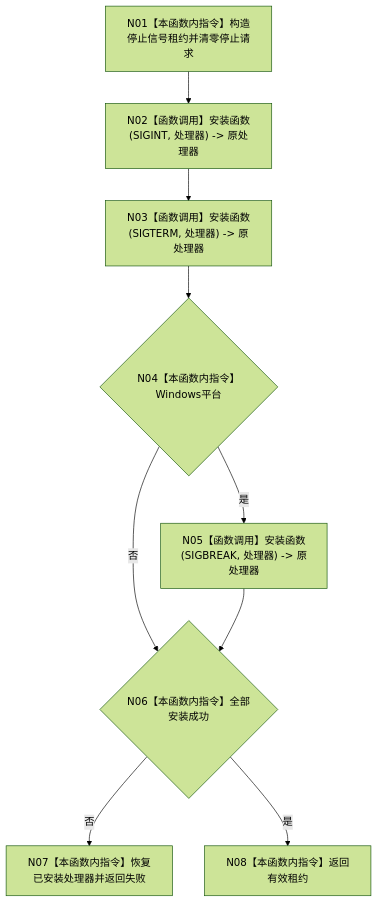
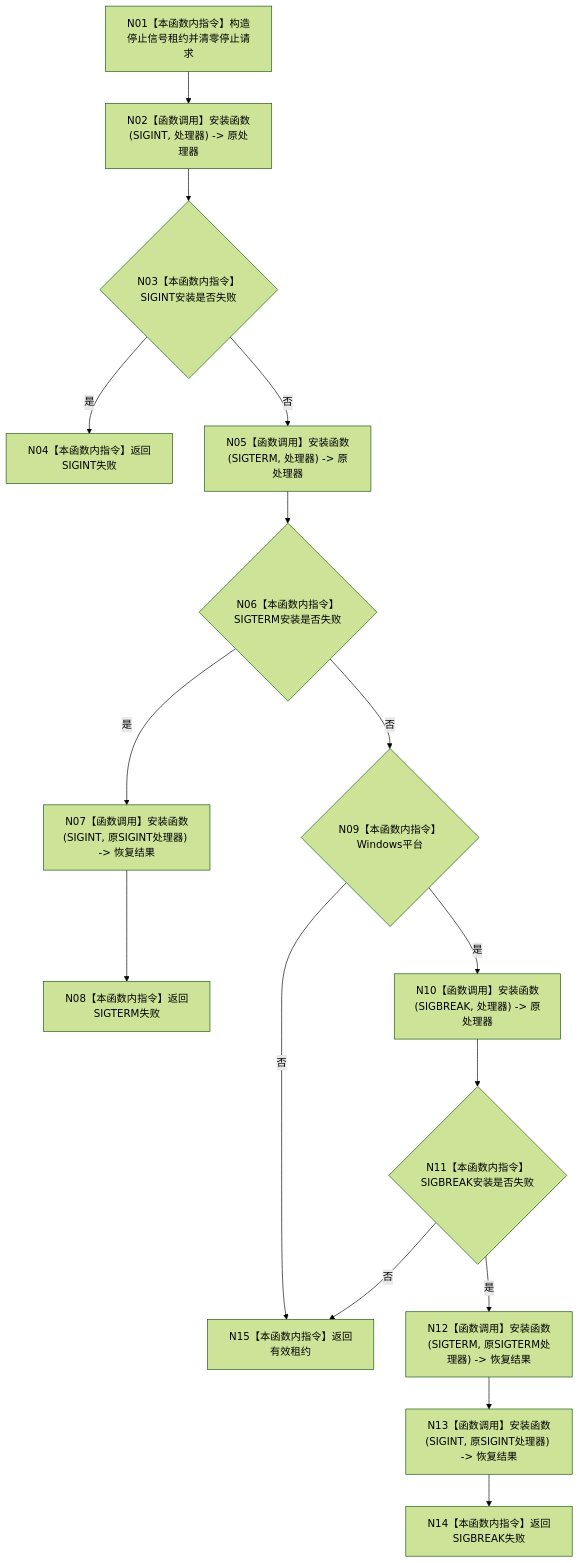
Before and after one commit to chunhaizh-cyber/HY-Ego: the diagram in 流程图/20260726_ENTRY-ONLY_F12_安装程序停止信号_施工流程图_v0.1.md, drawn with Mermaid (forest theme). The commit also changed other lines of this file and 51 other files, not shown here.

````diff
--- a/流程图/20260726_ENTRY-ONLY_F12_安装程序停止信号_施工流程图_v0.1.md
+++ b/流程图/20260726_ENTRY-ONLY_F12_安装程序停止信号_施工流程图_v0.1.md
@@ -29,11 +29,18 @@
 ```mermaid
 flowchart TD
     N01["N01【本函数内指令】构造停止信号租约并清零停止请求"] --> N02["N02【函数调用】安装函数(SIGINT, 处理器) -> 原处理器"]
-    N02 --> N03["N03【函数调用】安装函数(SIGTERM, 处理器) -> 原处理器"]
-    N03 --> N04{"N04【本函数内指令】Windows平台"}
-    N04 -- "是" --> N05["N05【函数调用】安装函数(SIGBREAK, 处理器) -> 原处理器"]
-    N04 -- "否" --> N06{"N06【本函数内指令】全部安装成功"}
-    N05 --> N06
-    N06 -- "否" --> N07["N07【本函数内指令】恢复已安装处理器并返回失败"]
-    N06 -- "是" --> N08["N08【本函数内指令】返回有效租约"]
+    N02 --> N03{"N03【本函数内指令】SIGINT安装是否失败"}
+    N03 -- "是" --> N04["N04【本函数内指令】返回SIGINT失败"]
+    N03 -- "否" --> N05["N05【函数调用】安装函数(SIGTERM, 处理器) -> 原处理器"]
+    N05 --> N06{"N06【本函数内指令】SIGTERM安装是否失败"}
+    N06 -- "是" --> N07["N07【函数调用】安装函数(SIGINT, 原SIGINT处理器) -> 恢复结果"]
+    N07 --> N08["N08【本函数内指令】返回SIGTERM失败"]
+    N06 -- "否" --> N09{"N09【本函数内指令】Windows平台"}
+    N09 -- "否" --> N15["N15【本函数内指令】返回有效租约"]
+    N09 -- "是" --> N10["N10【函数调用】安装函数(SIGBREAK, 处理器) -> 原处理器"]
+    N10 --> N11{"N11【本函数内指令】SIGBREAK安装是否失败"}
+    N11 -- "否" --> N15
+    N11 -- "是" --> N12["N12【函数调用】安装函数(SIGTERM, 原SIGTERM处理器) -> 恢复结果"]
+    N12 --> N13["N13【函数调用】安装函数(SIGINT, 原SIGINT处理器) -> 恢复结果"]
+    N13 --> N14["N14【本函数内指令】返回SIGBREAK失败"]
 ```
````
